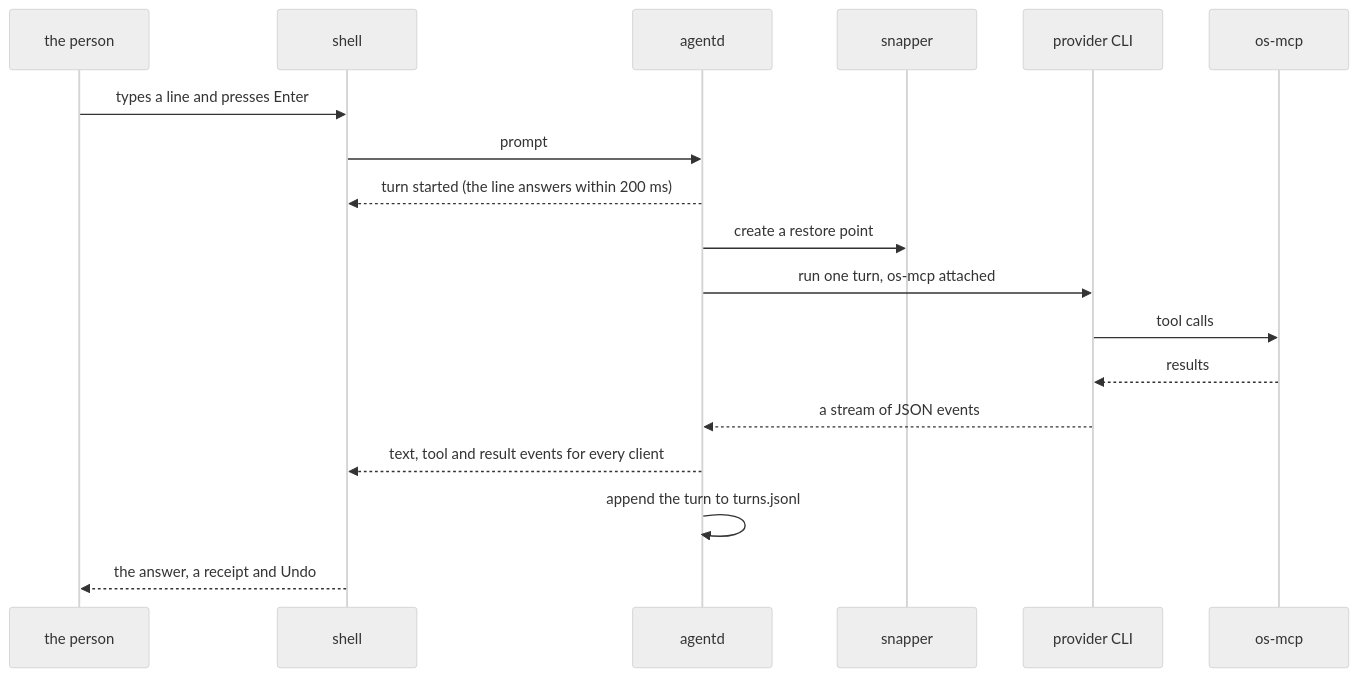
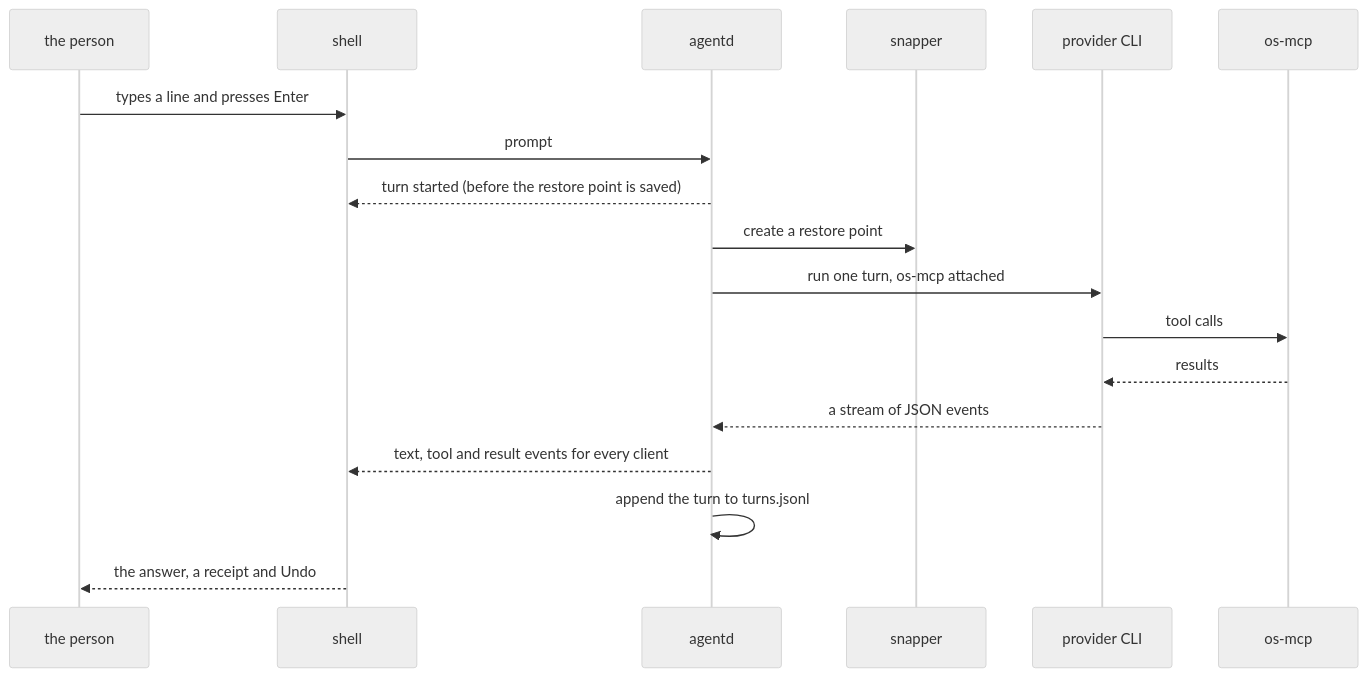
Before and after one commit to thedefaultman/Bombadil: the second of 2 diagrams in docs/ARCHITECTURE.md, drawn with Mermaid (neutral theme). The commit also changed other lines of this file and 2 other files, not shown here.

````diff
--- a/docs/ARCHITECTURE.md
+++ b/docs/ARCHITECTURE.md
@@ -48,20 +48,20 @@
 ```mermaid
 sequenceDiagram
     participant P as the person
     participant S as shell
     participant A as agentd
     participant R as snapper
     participant C as provider CLI
     participant M as os-mcp
     P->>S: types a line and presses Enter
     S->>A: prompt
-    A-->>S: turn started (the line answers within 200 ms)
+    A-->>S: turn started (before the restore point is saved)
     A->>R: create a restore point
     A->>C: run one turn, os-mcp attached
     C->>M: tool calls
     M-->>C: results
     C-->>A: a stream of JSON events
     A-->>S: text, tool and result events for every client
     A->>A: append the turn to turns.jsonl
     S-->>P: the answer, a receipt and Undo
 ```
````
